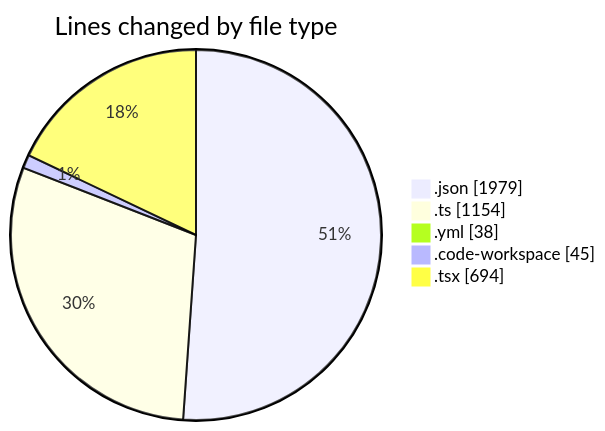
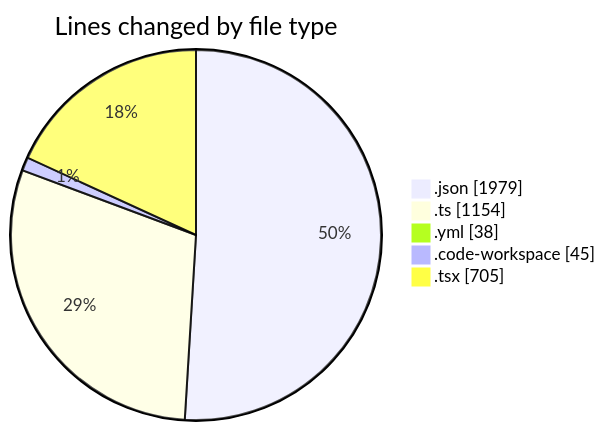
One commit to julien-gomy/code-tracking changed the first of 2 diagrams in 2025-11-25/eventscop-frontend-guide__workspace_/README.md. Above: the diagram before and after it, drawn with Mermaid. The commit also changed other lines of this file and 1 other file, not shown here.

````diff
--- a/2025-11-25/eventscop-frontend-guide__workspace_/README.md
+++ b/2025-11-25/eventscop-frontend-guide__workspace_/README.md
@@ -32,9 +32,9 @@
 ```mermaid
 pie showData
 title Lines changed by file type
 ".json" : 1979
 ".ts" : 1154
 ".yml" : 38
 ".code-workspace" : 45
-".tsx" : 694
+".tsx" : 705
 ```
````
